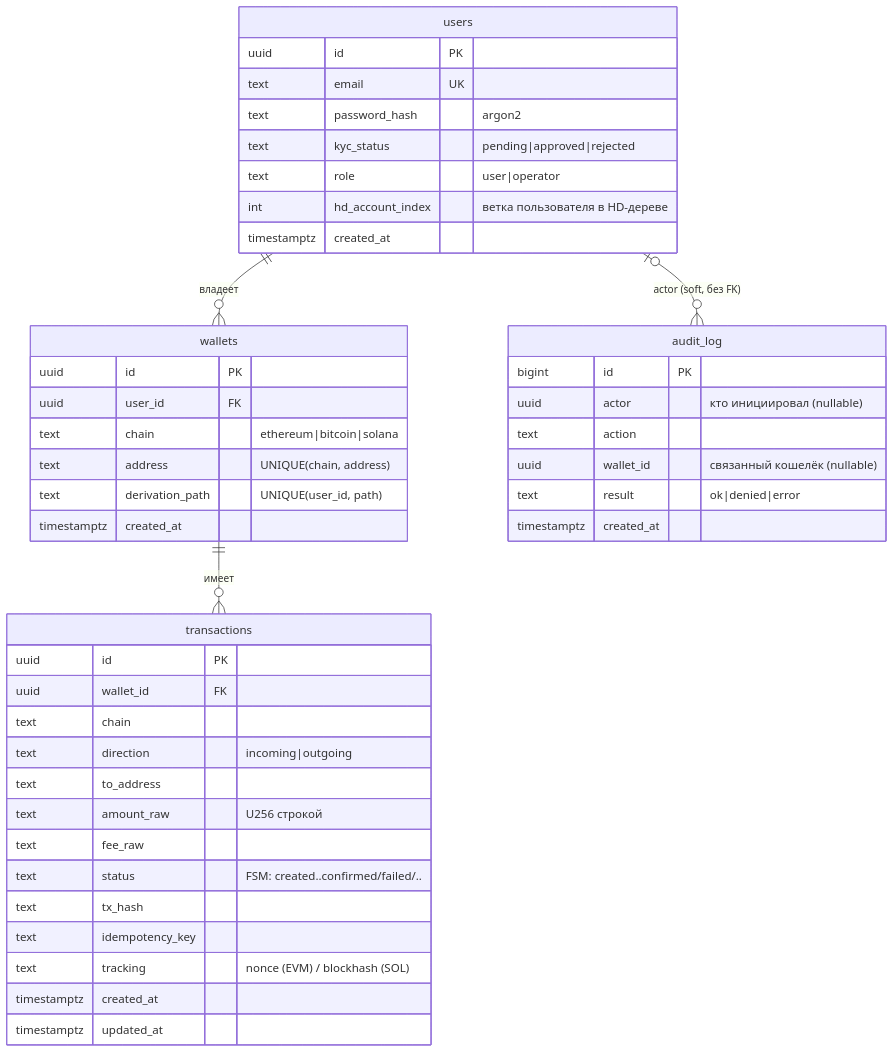
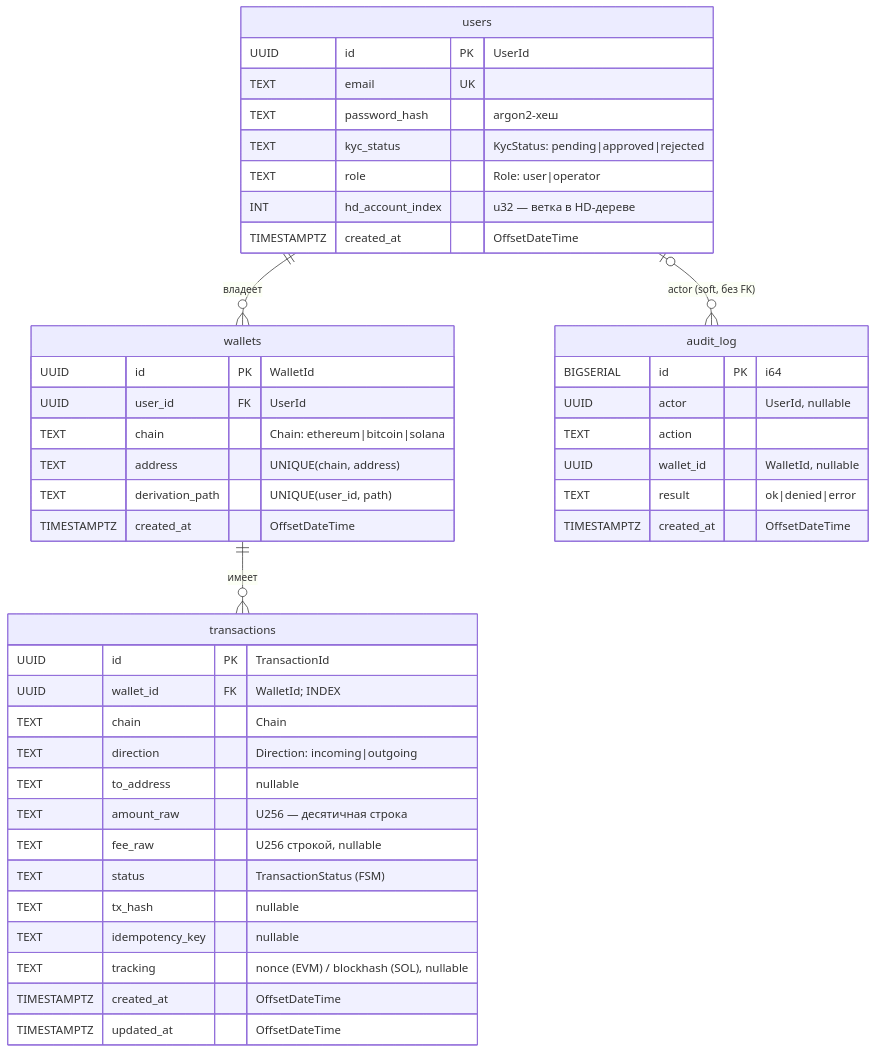
One commit to MShubkin/VaultBridge changed the seventh of 7 diagrams in README.md. Above: the diagram before and after it, drawn with Mermaid. The commit also changed other lines of this file, not shown here.

Commit message:
docs(readme): data model ER diagram — exact DDL types + mapped Rust types

````diff
--- a/README.md
+++ b/README.md
@@ -296,47 +296,47 @@
 ```mermaid
 erDiagram
     users ||--o{ wallets : "владеет"
     wallets ||--o{ transactions : "имеет"
     users |o--o{ audit_log : "actor (soft, без FK)"
 
     users {
-        uuid id PK
-        text email UK
-        text password_hash "argon2"
-        text kyc_status "pending|approved|rejected"
-        text role "user|operator"
-        int  hd_account_index "ветка пользователя в HD-дереве"
-        timestamptz created_at
+        UUID        id PK "UserId"
+        TEXT        email UK
+        TEXT        password_hash "argon2-хеш"
+        TEXT        kyc_status "KycStatus: pending|approved|rejected"
+        TEXT        role "Role: user|operator"
+        INT         hd_account_index "u32 — ветка в HD-дереве"
+        TIMESTAMPTZ created_at "OffsetDateTime"
     }
     wallets {
-        uuid id PK
-        uuid user_id FK
-        text chain "ethereum|bitcoin|solana"
-        text address "UNIQUE(chain, address)"
-        text derivation_path "UNIQUE(user_id, path)"
-        timestamptz created_at
+        UUID        id PK "WalletId"
+        UUID        user_id FK "UserId"
+        TEXT        chain "Chain: ethereum|bitcoin|solana"
+        TEXT        address "UNIQUE(chain, address)"
+        TEXT        derivation_path "UNIQUE(user_id, path)"
+        TIMESTAMPTZ created_at "OffsetDateTime"
     }
     transactions {
-        uuid id PK
-        uuid wallet_id FK
-        text chain
-        text direction "incoming|outgoing"
-        text to_address
-        text amount_raw "U256 строкой"
-        text fee_raw
-        text status "FSM: created..confirmed/failed/.."
-        text tx_hash
-        text idempotency_key
-        text tracking "nonce (EVM) / blockhash (SOL)"
-        timestamptz created_at
-        timestamptz updated_at
+        UUID        id PK "TransactionId"
+        UUID        wallet_id FK "WalletId; INDEX"
+        TEXT        chain "Chain"
+        TEXT        direction "Direction: incoming|outgoing"
+        TEXT        to_address "nullable"
+        TEXT        amount_raw "U256 — десятичная строка"
+        TEXT        fee_raw "U256 строкой, nullable"
+        TEXT        status "TransactionStatus (FSM)"
+        TEXT        tx_hash "nullable"
+        TEXT        idempotency_key "nullable"
+        TEXT        tracking "nonce (EVM) / blockhash (SOL), nullable"
+        TIMESTAMPTZ created_at "OffsetDateTime"
+        TIMESTAMPTZ updated_at "OffsetDateTime"
     }
     audit_log {
-        bigint id PK
-        uuid actor "кто инициировал (nullable)"
-        text action
-        uuid wallet_id "связанный кошелёк (nullable)"
-        text result "ok|denied|error"
-        timestamptz created_at
+        BIGSERIAL   id PK "i64"
+        UUID        actor "UserId, nullable"
+        TEXT        action
+        UUID        wallet_id "WalletId, nullable"
+        TEXT        result "ok|denied|error"
+        TIMESTAMPTZ created_at "OffsetDateTime"
     }
 ```
````
